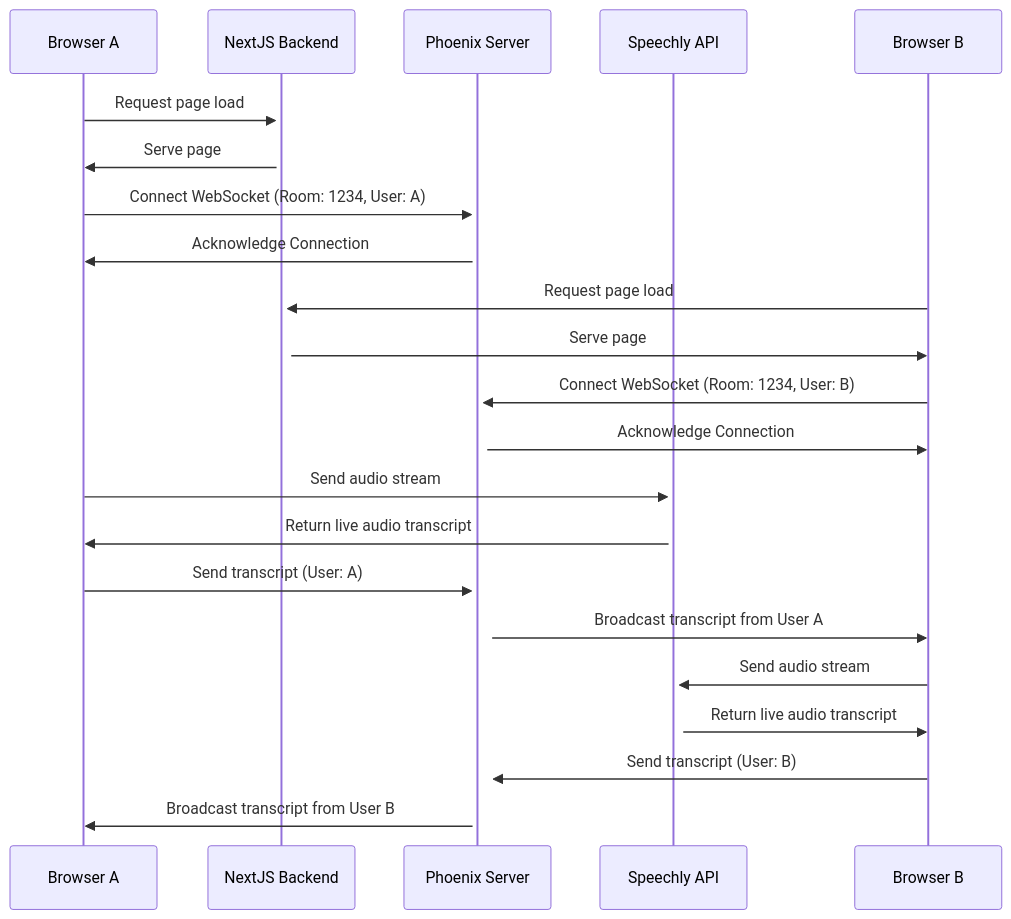
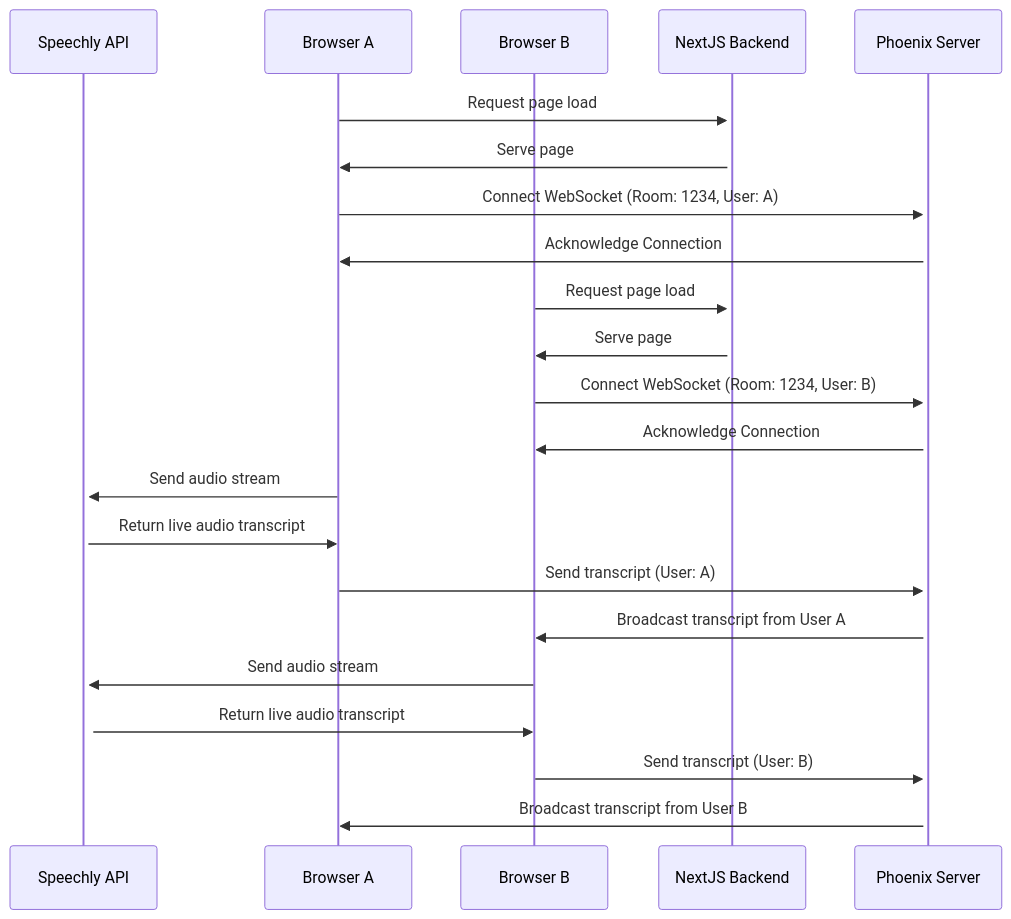
Before and after one commit to mjftw/transcript-sandbox: the diagram in README.md, drawn with Mermaid. The commit also changed other lines of this file, not shown here.

Commit message:
Reorganise mermaid diagram

````diff
--- a/README.md
+++ b/README.md
@@ -13,28 +13,28 @@
 ```mermaid
 sequenceDiagram
+    participant SpeechlyAPI as Speechly API
     participant BrowserA as Browser A
+    participant BrowserB as Browser B
     participant NextJSBackend as NextJS Backend
     participant PhoenixServer as Phoenix Server
-    participant SpeechlyAPI as Speechly API
-    participant BrowserB as Browser B
 
     BrowserA->>+NextJSBackend: Request page load
     NextJSBackend->>BrowserA: Serve page
     BrowserA->>+PhoenixServer: Connect WebSocket (Room: 1234, User: A)
     PhoenixServer->>BrowserA: Acknowledge Connection
 
     BrowserB->>+NextJSBackend: Request page load
     NextJSBackend->>BrowserB: Serve page
     BrowserB->>+PhoenixServer: Connect WebSocket (Room: 1234, User: B)
     PhoenixServer->>BrowserB: Acknowledge Connection
 
     BrowserA->>+SpeechlyAPI: Send audio stream
     SpeechlyAPI->>BrowserA: Return live audio transcript
     BrowserA->>+PhoenixServer: Send transcript (User: A)
     PhoenixServer->>BrowserB: Broadcast transcript from User A
 
     BrowserB->>+SpeechlyAPI: Send audio stream
     SpeechlyAPI->>BrowserB: Return live audio transcript
     BrowserB->>+PhoenixServer: Send transcript (User: B)
     PhoenixServer->>BrowserA: Broadcast transcript from User B
 ```
````
